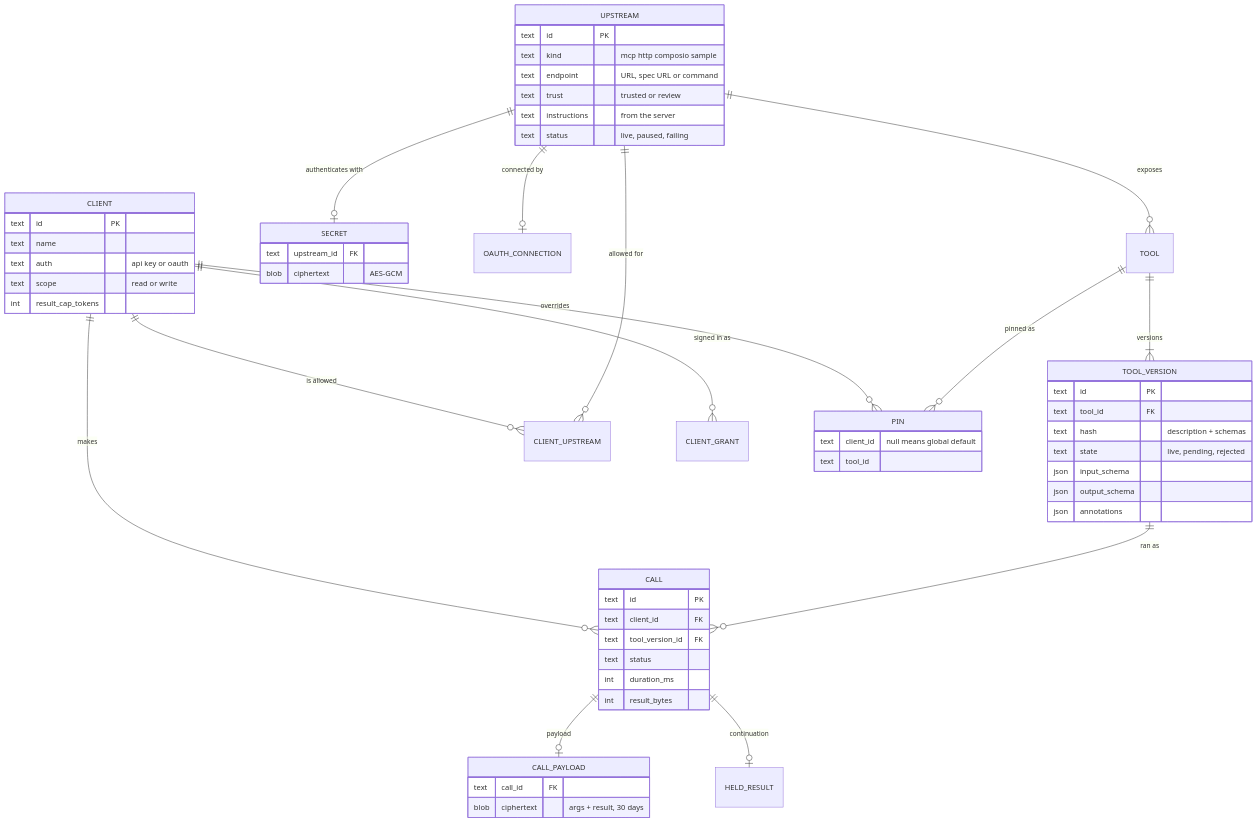
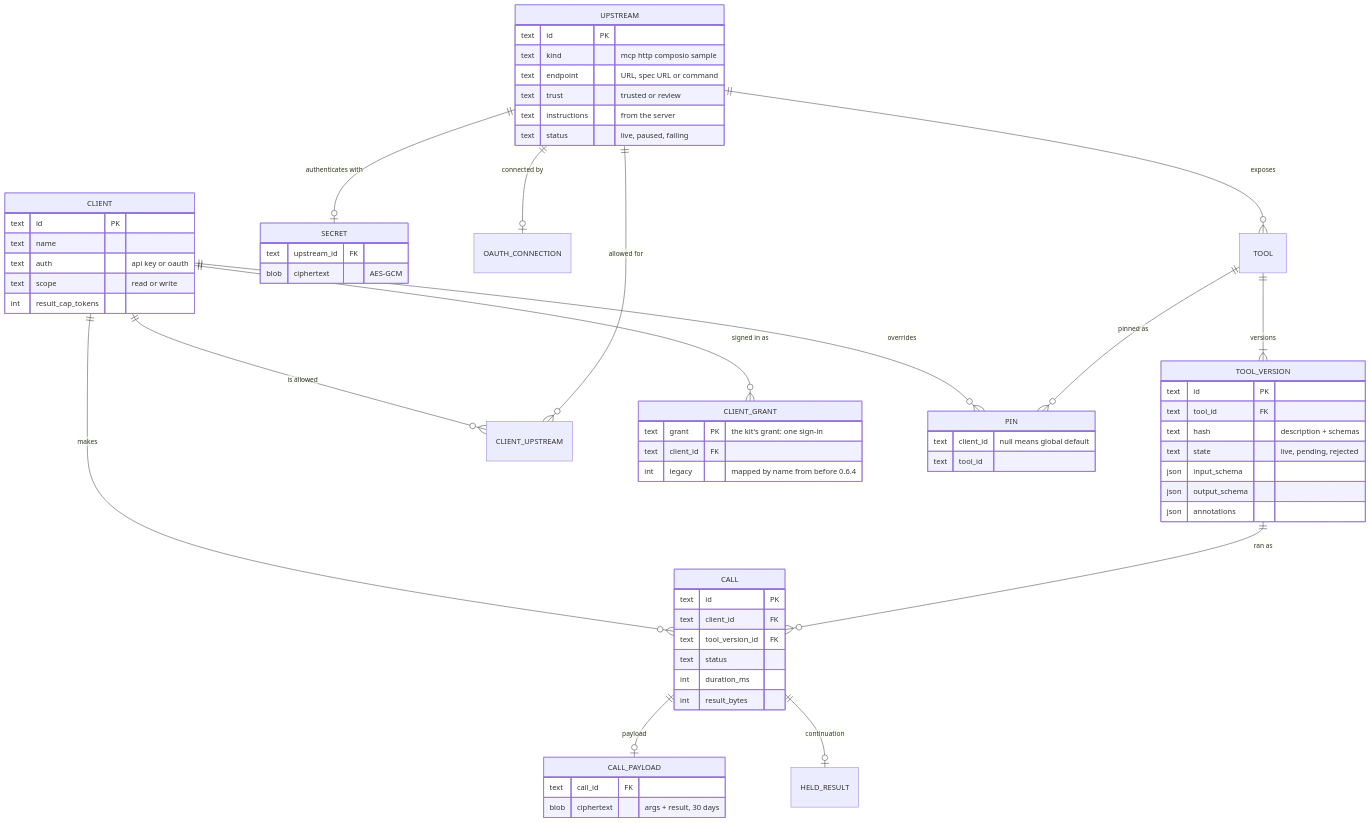
One commit to escalay/yardhand changed the eighth of 8 diagrams in docs/architecture.md. Above: the diagram before and after it, drawn with Mermaid.

Commit message:
docs(architecture): list the columns of a client's grants

````diff
--- a/docs/architecture.md
+++ b/docs/architecture.md
@@ -186,60 +186,65 @@
 ```mermaid
 erDiagram
   UPSTREAM ||--o{ TOOL : exposes
   TOOL ||--|{ TOOL_VERSION : "versions"
   UPSTREAM ||--o| SECRET : "authenticates with"
   UPSTREAM ||--o| OAUTH_CONNECTION : "connected by"
   CLIENT ||--o{ CLIENT_UPSTREAM : "is allowed"
   CLIENT ||--o{ CLIENT_GRANT : "signed in as"
   UPSTREAM ||--o{ CLIENT_UPSTREAM : "allowed for"
   CLIENT ||--o{ PIN : "overrides"
   TOOL ||--o{ PIN : "pinned as"
   CLIENT ||--o{ CALL : makes
   TOOL_VERSION ||--o{ CALL : "ran as"
   CALL ||--o| CALL_PAYLOAD : "payload"
   CALL ||--o| HELD_RESULT : "continuation"
   UPSTREAM {
     text id PK
     text kind "mcp http composio sample"
     text endpoint "URL, spec URL or command"
     text trust "trusted or review"
     text instructions "from the server"
     text status "live, paused, failing"
   }
   TOOL_VERSION {
     text id PK
     text tool_id FK
     text hash "description + schemas"
     text state "live, pending, rejected"
     json input_schema
     json output_schema
     json annotations
   }
   CLIENT {
     text id PK
     text name
     text auth "api key or oauth"
     text scope "read or write"
     int result_cap_tokens
   }
+  CLIENT_GRANT {
+    text grant PK "the kit's grant: one sign-in"
+    text client_id FK
+    int legacy "mapped by name from before 0.6.4"
+  }
   PIN {
     text client_id "null means global default"
     text tool_id
   }
   SECRET {
     text upstream_id FK
     blob ciphertext "AES-GCM"
   }
   CALL {
     text id PK
     text client_id FK
     text tool_version_id FK
     text status
     int duration_ms
     int result_bytes
   }
   CALL_PAYLOAD {
     text call_id FK
     blob ciphertext "args + result, 30 days"
   }
 ```
````
